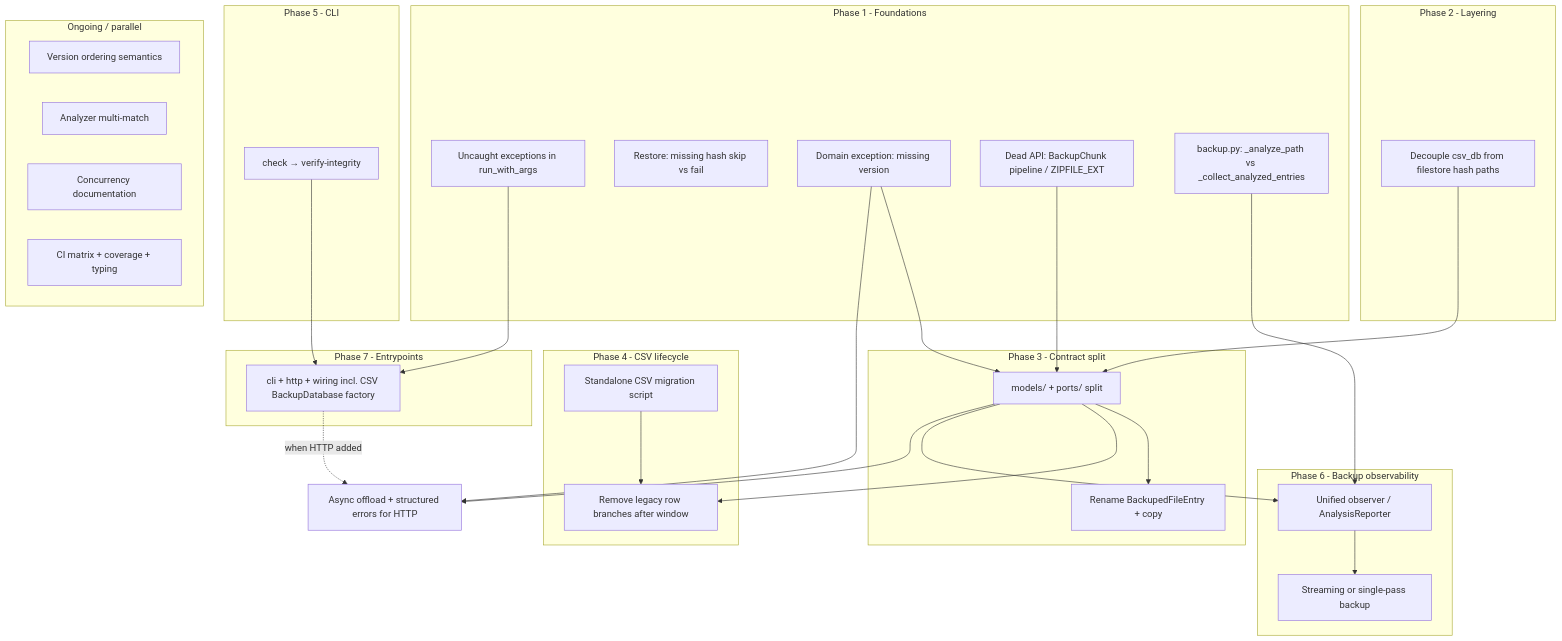
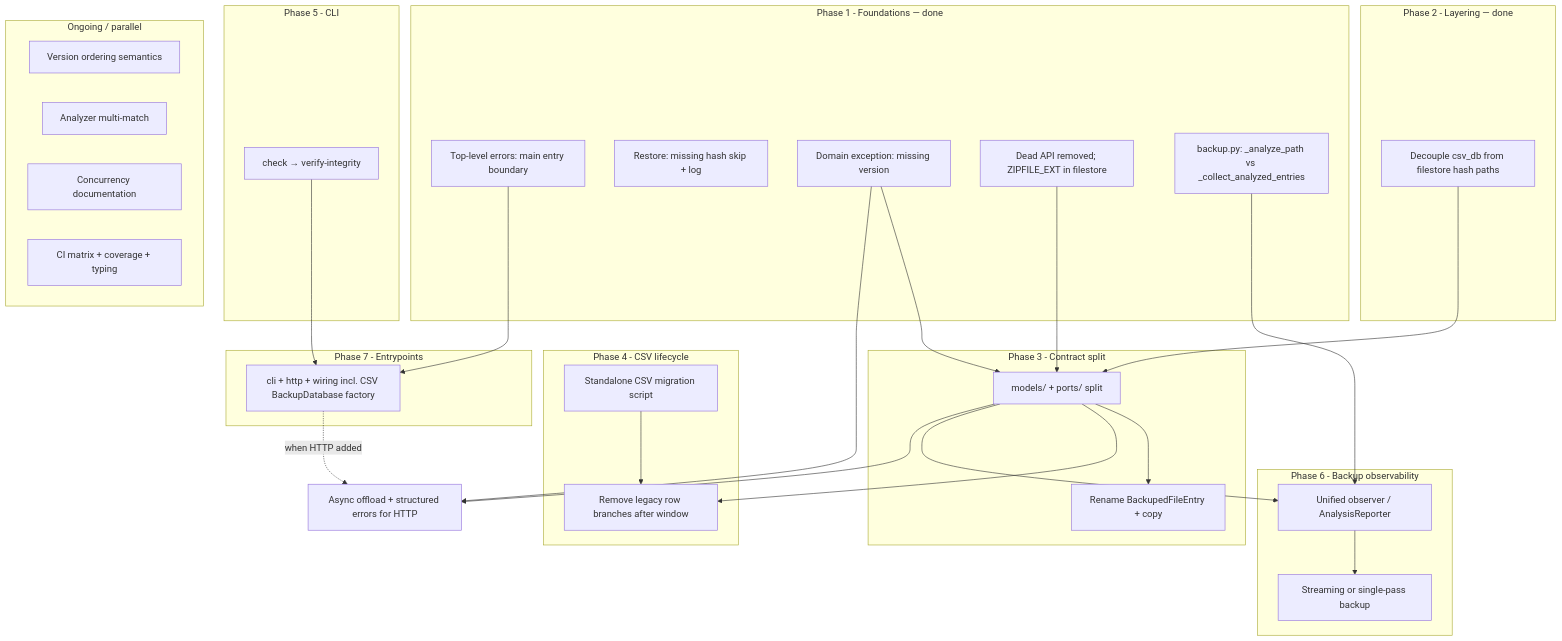
One commit to piazentin/backuper changed the diagram in docs/tech-debt-roadmap.md. Above: the diagram before and after it, drawn with Mermaid. The commit also changed other lines of this file and 9 other files, not shown here.

First line of the commit message:
feat: Phase 2 layering — utils package, decouple csv_db from filestore

````diff
--- a/docs/tech-debt-roadmap.md
+++ b/docs/tech-debt-roadmap.md
@@ -44,59 +44,59 @@
 ```mermaid
 flowchart TB
-  subgraph early [Phase 1 - Foundations]
-    A1[Uncaught exceptions in run_with_args]
-    A2[Restore: missing hash skip vs fail]
+  subgraph early [Phase 1 - Foundations — done]
+    A1[Top-level errors: main entry boundary]
+    A2[Restore: missing hash skip + log]
     B1[Domain exception: missing version]
-    C1[Dead API: BackupChunk pipeline / ZIPFILE_EXT]
+    C1[Dead API removed; ZIPFILE_EXT in filestore]
     C2[backup.py: _analyze_path vs _collect_analyzed_entries]
   end
 
-  subgraph layering [Phase 2 - Layering]
+  subgraph layering [Phase 2 - Layering — done]
     D1[Decouple csv_db from filestore hash paths]
   end
 
   subgraph contract [Phase 3 - Contract split]
     E1[models/ + ports/ split]
     E2[Rename BackupedFileEntry + copy]
   end
 
   subgraph csv [Phase 4 - CSV lifecycle]
     F1[Standalone CSV migration script]
     F2[Remove legacy row branches after window]
   end
 
   subgraph cli [Phase 5 - CLI]
     G1[check → verify-integrity]
   end
 
   subgraph pipeline [Phase 6 - Backup observability]
     H1[Unified observer / AnalysisReporter]
     H2[Streaming or single-pass backup]
   end
 
   subgraph entry [Phase 7 - Entrypoints]
     J1[cli + http + wiring incl. CSV BackupDatabase factory]
   end
 
   subgraph polish [Ongoing / parallel]
     I1[Version ordering semantics]
     I2[Analyzer multi-match]
     I3[Concurrency documentation]
     K1[CI matrix + coverage + typing]
   end
 
   C1 --> E1
   B1 --> E1
   D1 --> E1
   A1 --> J1
   E1 --> E2
   E1 --> F2
   F1 --> F2
   G1 --> J1
   H1 --> H2
   C2 --> H1
   E1 --> H1
   J1 -.->|when HTTP added| J2[Async offload + structured errors for HTTP]
   E1 --> J2
   B1 --> J2
 ```
````
